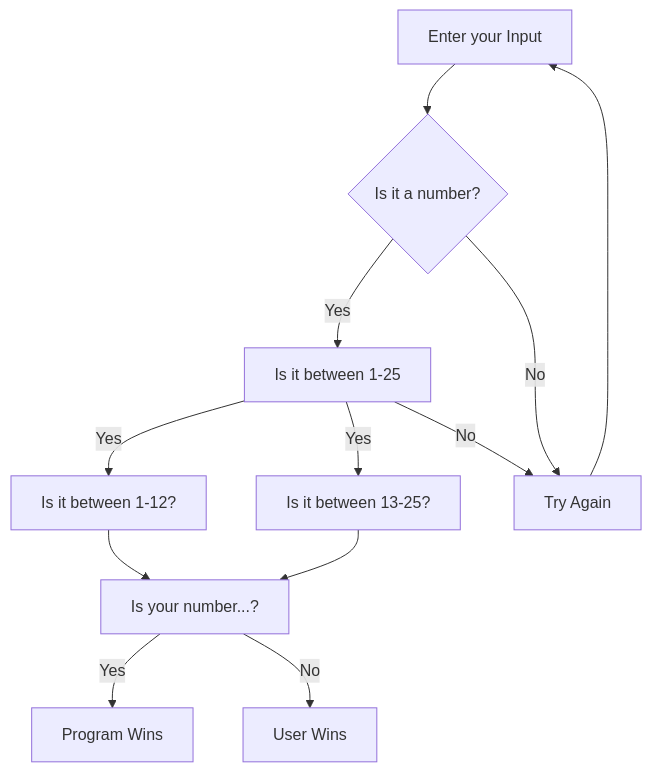
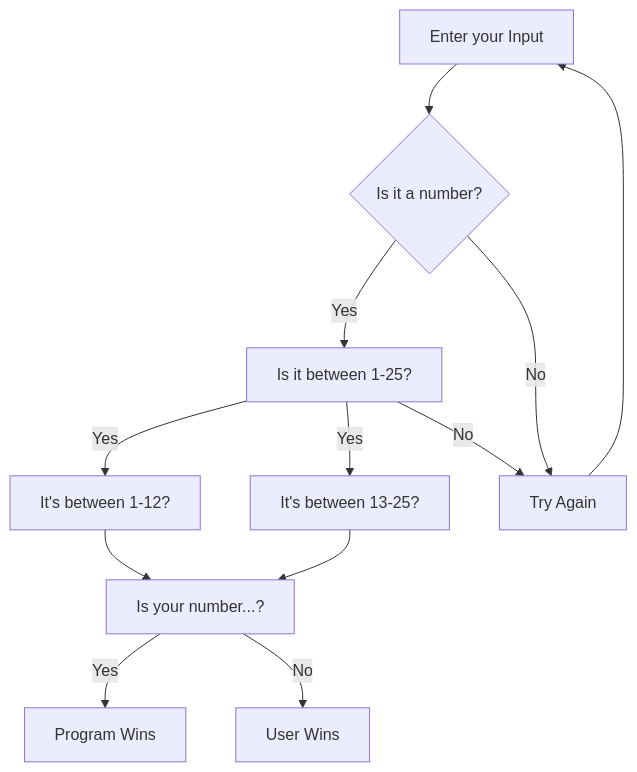
One commit to AvionShea/avionshea.github.io changed the diagram in Guessing.md. Above: the diagram before and after it, drawn with Mermaid.

Commit message:
wording change

````diff
--- a/Guessing.md
+++ b/Guessing.md
@@ -5,14 +5,14 @@
 ```mermaid
 flowchart TD
     A[Enter your Input] --> B{Is it a number?};
-    B -- Yes --> C[Is it between 1-25];
-    C -- Yes --> G[Is it between 1-12?]
-    C -- Yes --> L[Is it between 13-25?]
+    B -- Yes --> C[Is it between 1-25?];
+    C -- Yes --> G[It's between 1-12?]
+    C -- Yes --> L[It's between 13-25?]
     B -- No --> D[Try Again]
     D --> A
     C -- No --> D
     G --> K[Is your number...?]
     L --> K
     K -- Yes --> M[Program Wins]
     K -- No --> N[User Wins]
 ```
````
